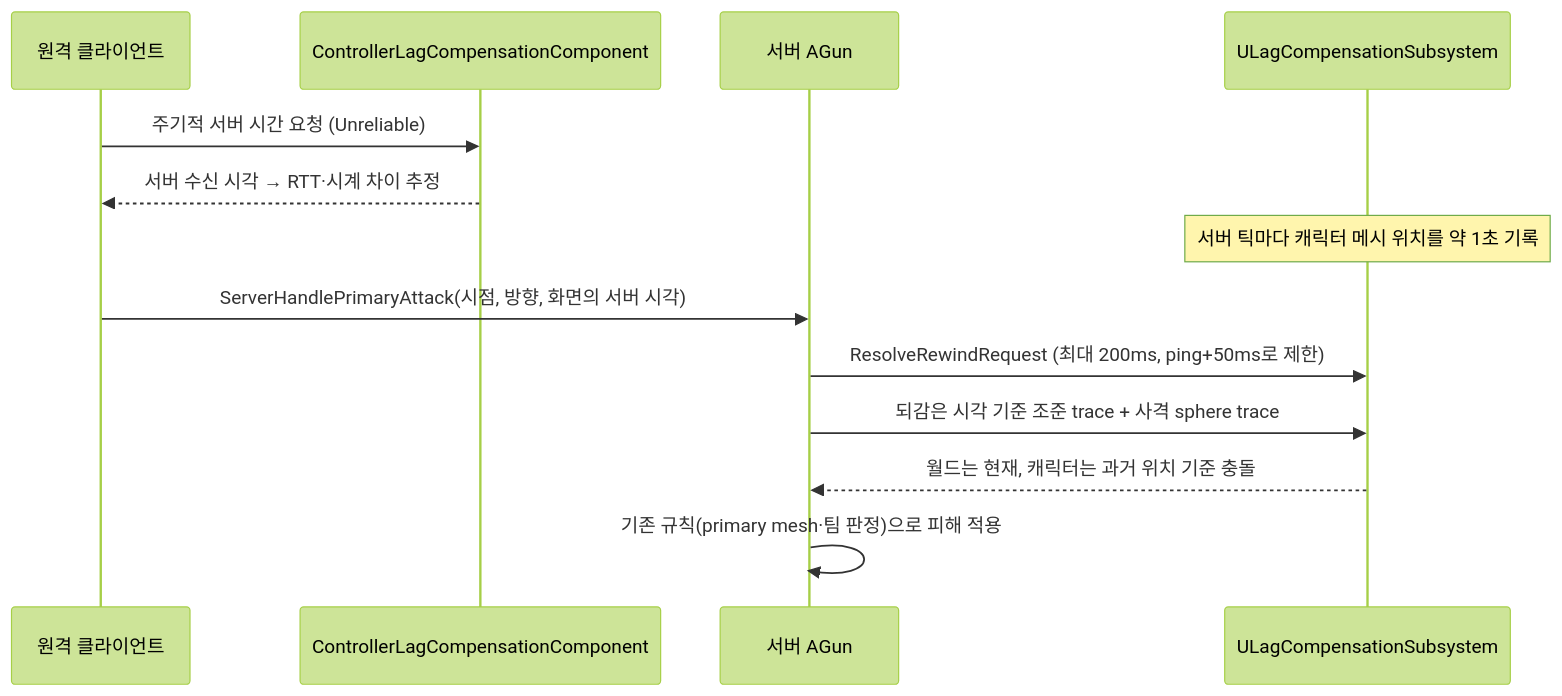
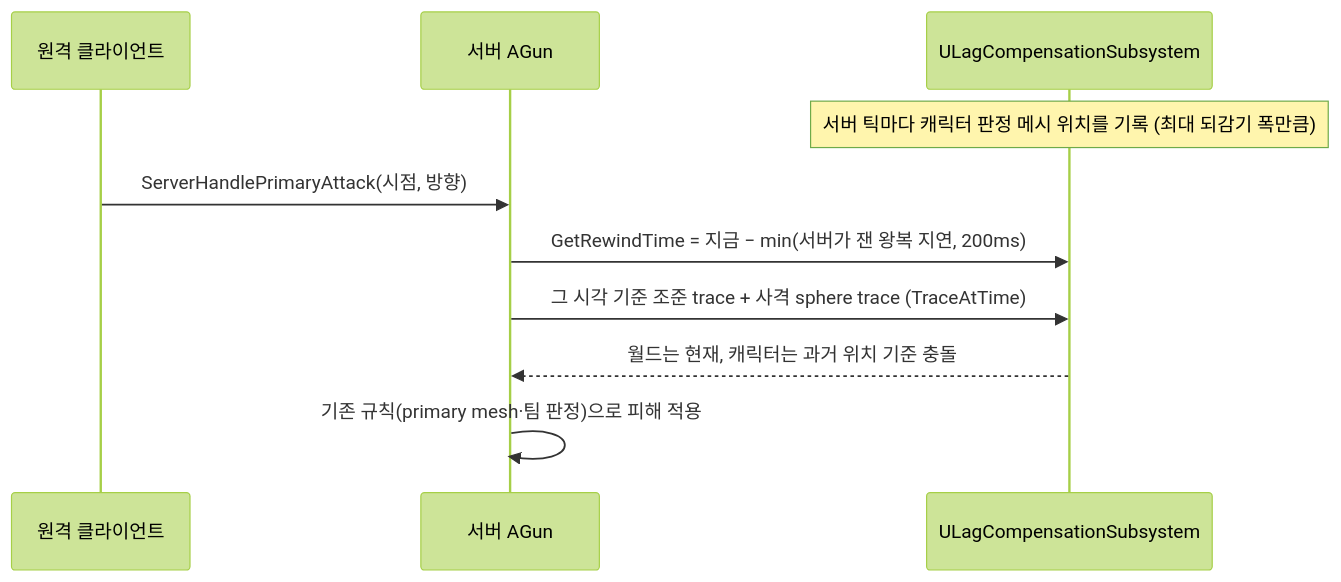
The diagram in Docs/DedicatedServer_LagCompensation.md (wighs33/Pandora-Battle), drawn with Mermaid (forest theme) before and after one commit. The commit also changed other lines of this file and 25 other files, not shown here.

````diff
--- a/Docs/DedicatedServer_LagCompensation.md
+++ b/Docs/DedicatedServer_LagCompensation.md
@@ -105,15 +105,12 @@
 ```mermaid
 sequenceDiagram
     participant C as 원격 클라이언트
-    participant PC as ControllerLagCompensationComponent
     participant S as 서버 AGun
     participant L as ULagCompensationSubsystem
-    C->>PC: 주기적 서버 시간 요청 (Unreliable)
-    PC-->>C: 서버 수신 시각 → RTT·시계 차이 추정
-    Note over L: 서버 틱마다 캐릭터 메시 위치를 약 1초 기록
-    C->>S: ServerHandlePrimaryAttack(시점, 방향, 화면의 서버 시각)
-    S->>L: ResolveRewindRequest (최대 200ms, ping+50ms로 제한)
-    S->>L: 되감은 시각 기준 조준 trace + 사격 sphere trace
+    Note over L: 서버 틱마다 캐릭터 판정 메시 위치를 기록 (최대 되감기 폭만큼)
+    C->>S: ServerHandlePrimaryAttack(시점, 방향)
+    S->>L: GetRewindTime = 지금 − min(서버가 잰 왕복 지연, 200ms)
+    S->>L: 그 시각 기준 조준 trace + 사격 sphere trace (TraceAtTime)
     L-->>S: 월드는 현재, 캐릭터는 과거 위치 기준 충돌
     S->>S: 기존 규칙(primary mesh·팀 판정)으로 피해 적용
 ```
````
